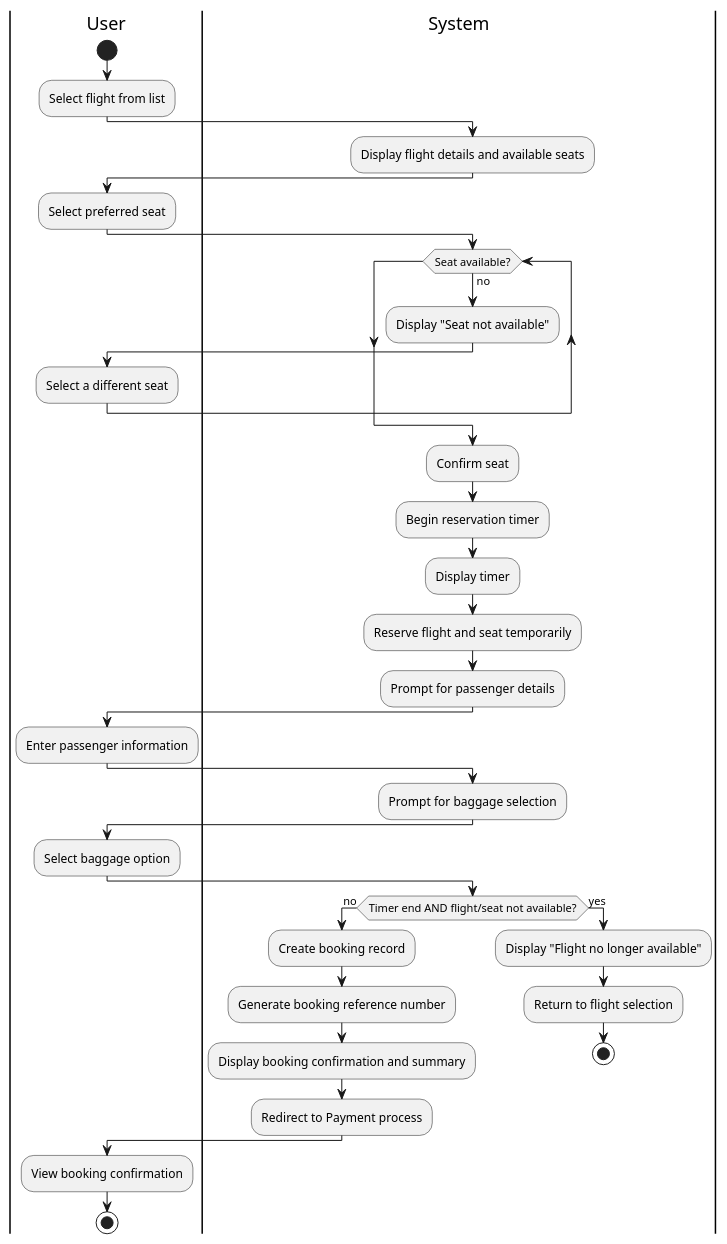
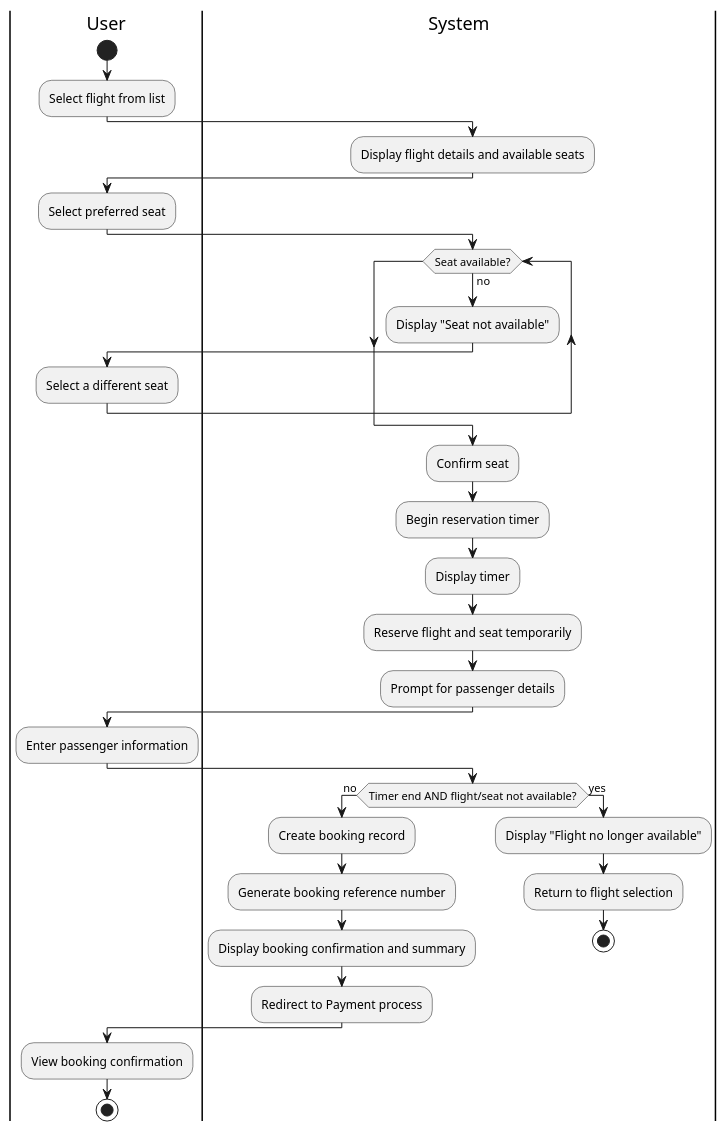
One commit to camdnnn/614-Project changed the diagram in docs/diagrams/activity/booking_activity.puml. Above: the diagram before and after it, drawn with PlantUML. The commit also changed 1 other file, not shown here.

```diff
--- a/docs/diagrams/activity/booking_activity.puml
+++ b/docs/diagrams/activity/booking_activity.puml
@@ -1,52 +1,46 @@
 @startuml
 |User|
 start
 :Select flight from list;
 
 |System|
 :Display flight details and available seats;
 
 |User|
 :Select preferred seat;
 
 |System|
 while (Seat available?) is (no)
   :Display "Seat not available";
   |User|
   :Select a different seat;
   |System|
 endwhile
 
 |System|
 :Confirm seat;
 :Begin reservation timer;
 :Display timer;
 :Reserve flight and seat temporarily;
 :Prompt for passenger details;
 
 |User|
 :Enter passenger information;
 
 |System|
-:Prompt for baggage selection;
-
-|User|
-:Select baggage option;
-
-|System|
 if (Timer end AND flight/seat not available?) then (no)
   :Create booking record;
   :Generate booking reference number;
   :Display booking confirmation and summary;
   :Redirect to Payment process;
 else (yes)
   :Display "Flight no longer available";
   :Return to flight selection;
   stop
 endif
 
 |User|
 :View booking confirmation;
 
 stop
 @enduml
```
